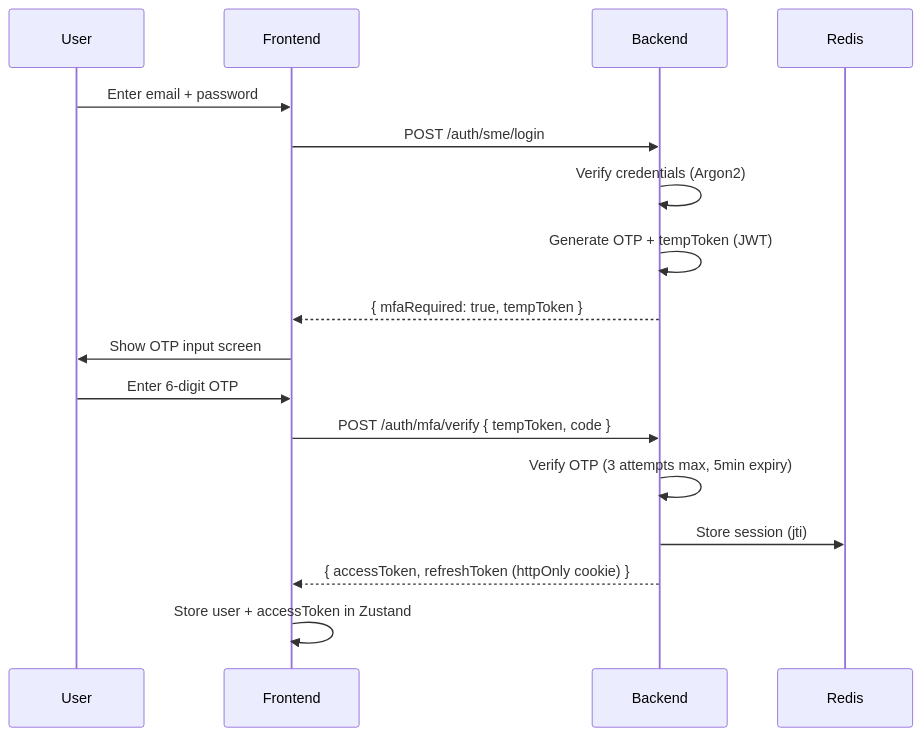
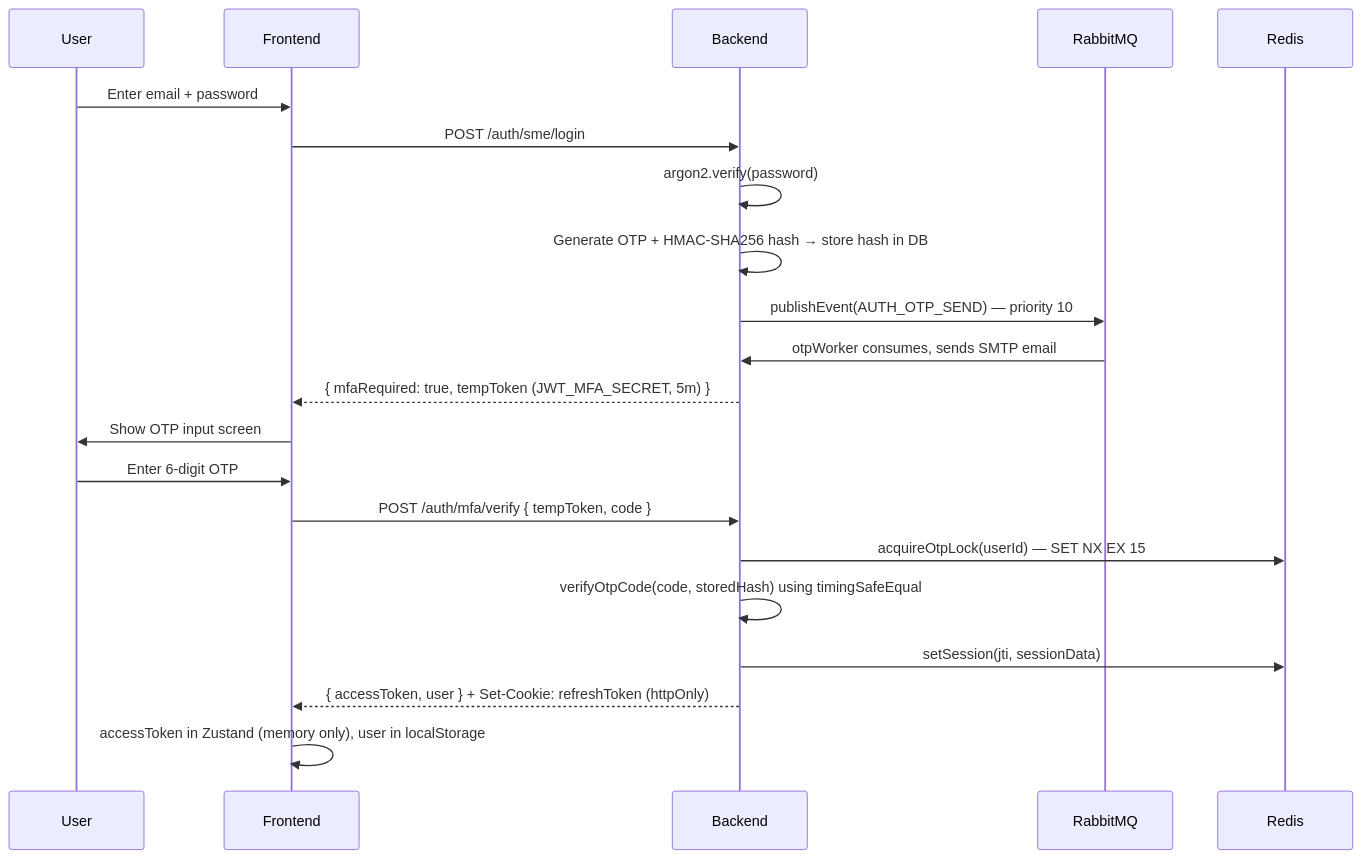
Before and after one commit to Addyy-07/CapitalScale: the second of 5 diagrams in project_report.md, drawn with Mermaid. The commit also changed other lines of this file and 3 other files, not shown here.

````diff
--- a/project_report.md
+++ b/project_report.md
@@ -162,20 +183,24 @@
 ```mermaid
 sequenceDiagram
     participant User
     participant Frontend
     participant Backend
+    participant RabbitMQ
     participant Redis
 
     User->>Frontend: Enter email + password
     Frontend->>Backend: POST /auth/sme/login
-    Backend->>Backend: Verify credentials (Argon2)
-    Backend->>Backend: Generate OTP + tempToken (JWT)
-    Backend-->>Frontend: { mfaRequired: true, tempToken }
+    Backend->>Backend: argon2.verify(password)
+    Backend->>Backend: Generate OTP + HMAC-SHA256 hash → store hash in DB
+    Backend->>RabbitMQ: publishEvent(AUTH_OTP_SEND) — priority 10
+    RabbitMQ->>Backend: otpWorker consumes, sends SMTP email
+    Backend-->>Frontend: { mfaRequired: true, tempToken (JWT_MFA_SECRET, 5m) }
     Frontend->>User: Show OTP input screen
     User->>Frontend: Enter 6-digit OTP
     Frontend->>Backend: POST /auth/mfa/verify { tempToken, code }
-    Backend->>Backend: Verify OTP (3 attempts max, 5min expiry)
-    Backend->>Redis: Store session (jti)
-    Backend-->>Frontend: { accessToken, refreshToken (httpOnly cookie) }
-    Frontend->>Frontend: Store user + accessToken in Zustand
+    Backend->>Redis: acquireOtpLock(userId) — SET NX EX 15
+    Backend->>Backend: verifyOtpCode(code, storedHash) using timingSafeEqual
+    Backend->>Redis: setSession(jti, sessionData)
+    Backend-->>Frontend: { accessToken, user } + Set-Cookie: refreshToken (httpOnly)
+    Frontend->>Frontend: accessToken in Zustand (memory only), user in localStorage
 ```
````
